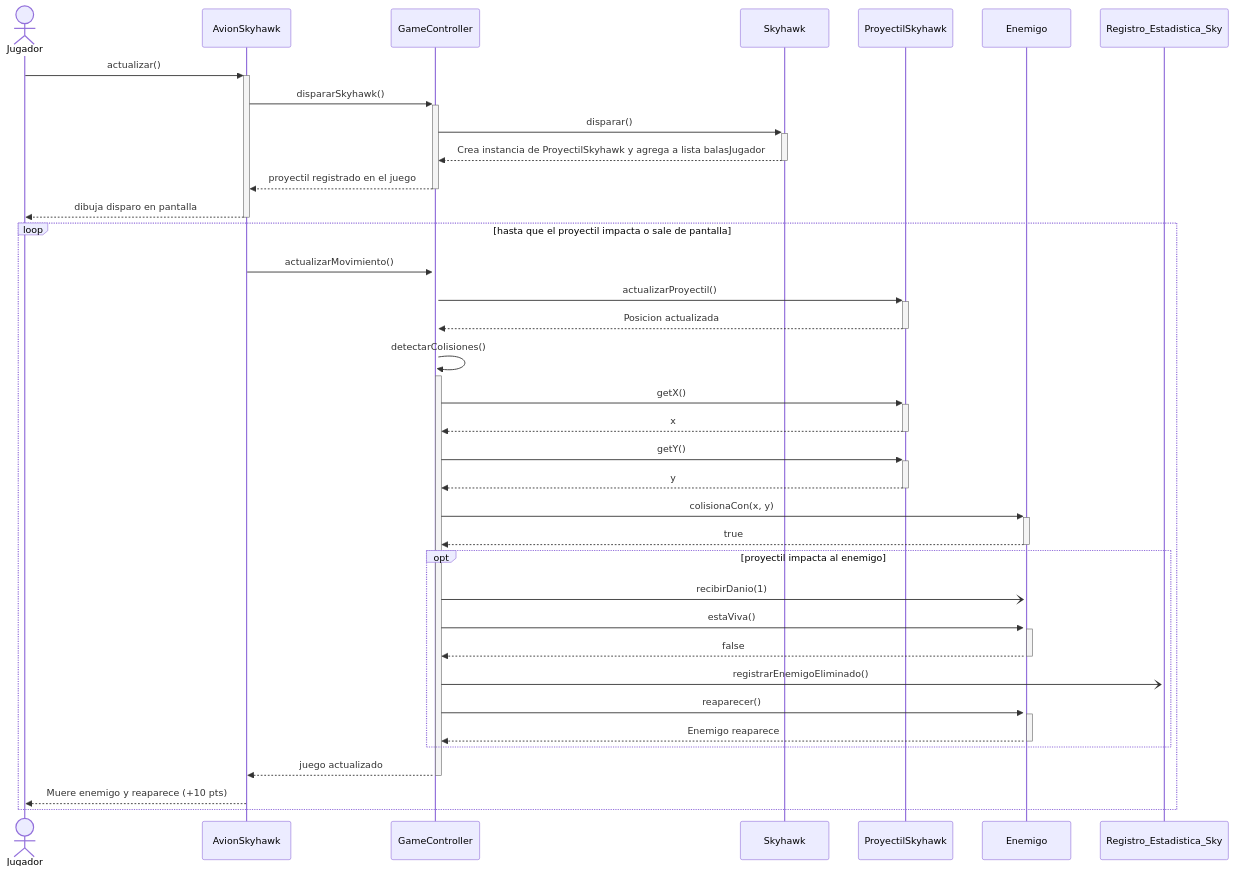
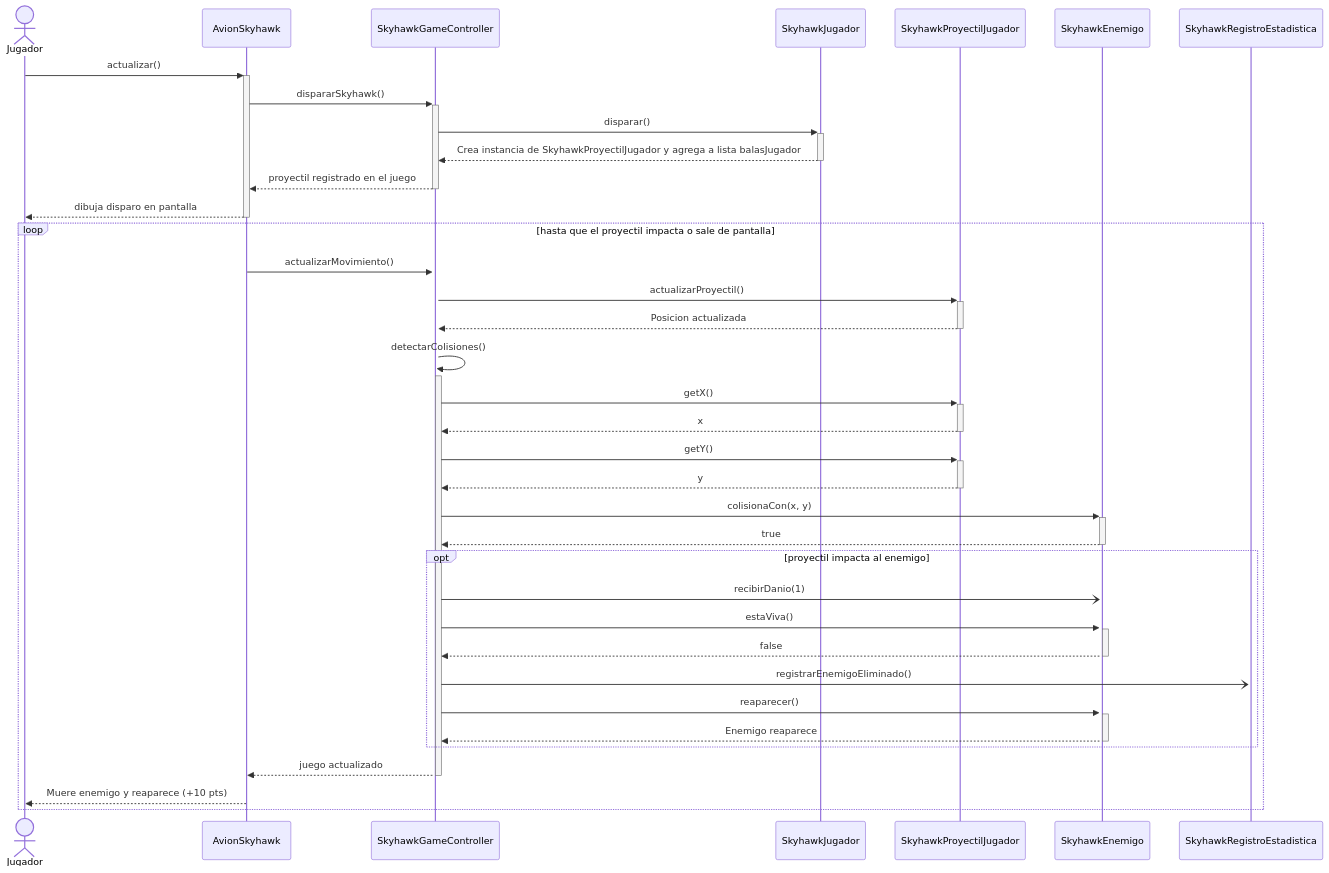
Before and after one commit to chiaraarego/Grupo-2---Skyhawk: the third of 6 diagrams in Diagramas/diagram_Secuencias_Actualizados.md, drawn with Mermaid.

````diff
--- a/Diagramas/diagram_Secuencias_Actualizados.md
+++ b/Diagramas/diagram_Secuencias_Actualizados.md
@@ -78,58 +78,58 @@
 ```mermaid
 sequenceDiagram
     actor Jugador
 
     participant AvionSkyhawk
-    participant GameController
-    participant Skyhawk
-    participant ProyectilSkyhawk
-    participant Enemigo
-    participant Registro_Estadistica_Sky
+    participant SkyhawkGameController
+    participant SkyhawkJugador
+    participant SkyhawkProyectilJugador
+    participant SkyhawkEnemigo
+    participant SkyhawkRegistroEstadistica
 
     Jugador ->> +AvionSkyhawk : actualizar()
 
-    AvionSkyhawk ->> +GameController : dispararSkyhawk()
+    AvionSkyhawk ->> +SkyhawkGameController : dispararSkyhawk()
 
-    GameController ->> +Skyhawk : disparar()
-    Skyhawk -->> -GameController : Crea instancia de ProyectilSkyhawk y agrega a lista balasJugador
+    SkyhawkGameController ->> +SkyhawkJugador : disparar()
+    SkyhawkJugador -->> -SkyhawkGameController : Crea instancia de SkyhawkProyectilJugador y agrega a lista balasJugador
 
-    GameController -->> -AvionSkyhawk : proyectil registrado en el juego
+    SkyhawkGameController -->> -AvionSkyhawk : proyectil registrado en el juego
 
     AvionSkyhawk -->> -Jugador : dibuja disparo en pantalla
 
     loop hasta que el proyectil impacta o sale de pantalla
-        AvionSkyhawk ->> +GameController : actualizarMovimiento()
+        AvionSkyhawk ->> +SkyhawkGameController : actualizarMovimiento()
 
-        GameController ->> +ProyectilSkyhawk : actualizarProyectil()
-        ProyectilSkyhawk -->> -GameController : Posicion actualizada
+        SkyhawkGameController ->> +SkyhawkProyectilJugador : actualizarProyectil()
+        SkyhawkProyectilJugador -->> -SkyhawkGameController : Posicion actualizada
 
-        GameController ->> +GameController : detectarColisiones()
+        SkyhawkGameController ->> +SkyhawkGameController : detectarColisiones()
 
-        GameController ->> +ProyectilSkyhawk : getX()
-        ProyectilSkyhawk -->> -GameController : x
+        SkyhawkGameController ->> +SkyhawkProyectilJugador : getX()
+        SkyhawkProyectilJugador -->> -SkyhawkGameController : x
 
-        GameController ->> +ProyectilSkyhawk : getY()
-        ProyectilSkyhawk -->> -GameController : y
+        SkyhawkGameController ->> +SkyhawkProyectilJugador : getY()
+        SkyhawkProyectilJugador -->> -SkyhawkGameController : y
 
-        GameController ->> +Enemigo : colisionaCon(x, y)
-        Enemigo -->> -GameController : true
+        SkyhawkGameController ->> +SkyhawkEnemigo : colisionaCon(x, y)
+        SkyhawkEnemigo -->> -SkyhawkGameController : true
 
         opt proyectil impacta al enemigo
-            GameController -) +Enemigo : recibirDanio(1)
+            SkyhawkGameController -) +SkyhawkEnemigo : recibirDanio(1)
             
-            GameController ->> +Enemigo : estaViva()
-            Enemigo -->> -GameController : false
+            SkyhawkGameController ->> +SkyhawkEnemigo : estaViva()
+            SkyhawkEnemigo -->> -SkyhawkGameController : false
 
-            GameController -) +Registro_Estadistica_Sky : registrarEnemigoEliminado()
-            GameController ->> +Enemigo : reaparecer()
-            Enemigo -->> -GameController : Enemigo reaparece
+            SkyhawkGameController -) +SkyhawkRegistroEstadistica : registrarEnemigoEliminado()
+            SkyhawkGameController ->> +SkyhawkEnemigo : reaparecer()
+            SkyhawkEnemigo -->> -SkyhawkGameController : Enemigo reaparece
             
         end
 
 
-        GameController -->> -AvionSkyhawk : juego actualizado
+        SkyhawkGameController -->> -AvionSkyhawk : juego actualizado
         
         %% Respuesta visual en cada vuelta del loop para avisar al jugador
             AvionSkyhawk -->> Jugador : Muere enemigo y reaparece (+10 pts)
     end
 ```
````
